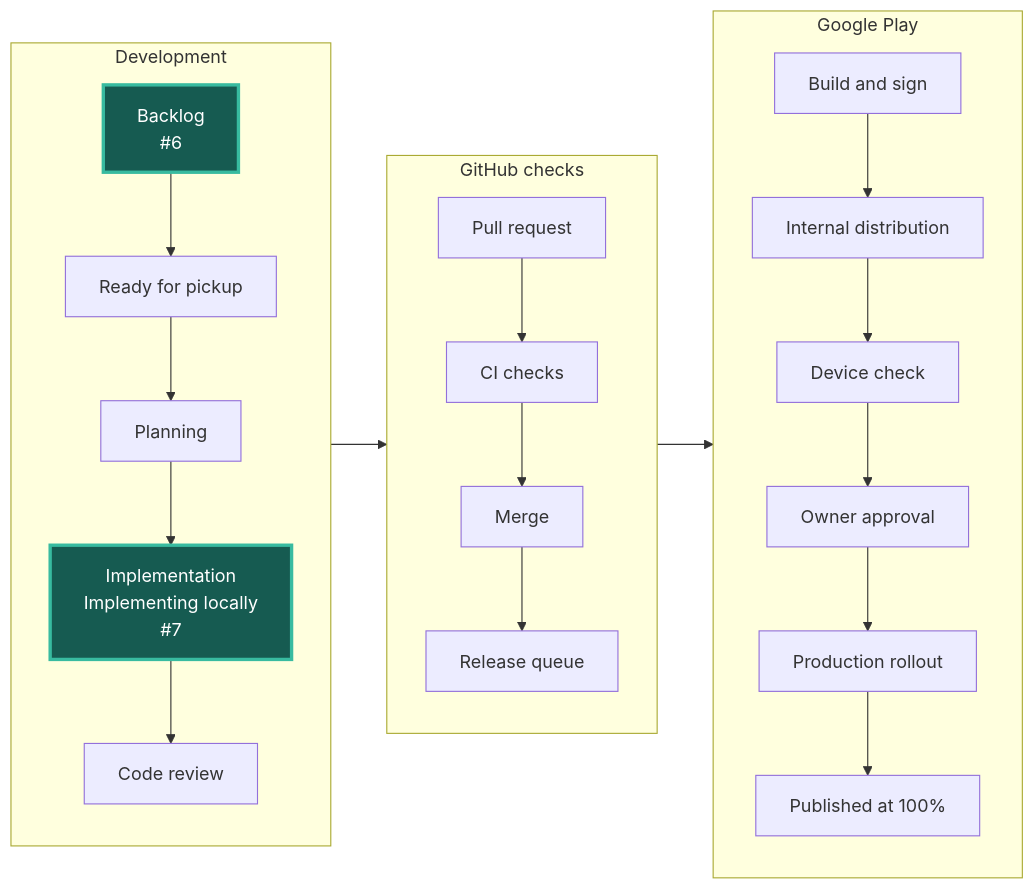
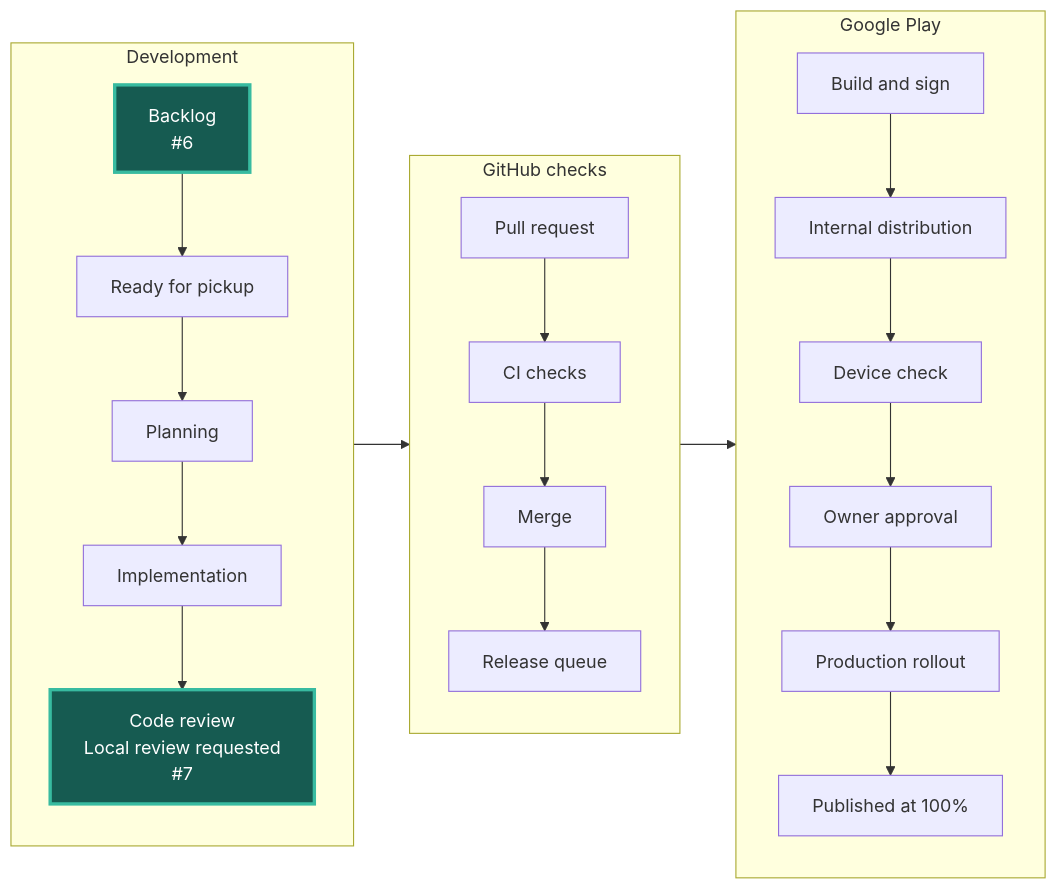
One commit to Oziomajnr/ChessTournamentManager changed the diagram in STATUS.md. Above: the diagram before and after it, drawn with Mermaid. The commit also changed other lines of this file and 1 other file, not shown here.

Commit message:
Refresh issue delivery graph

````diff
--- a/STATUS.md
+++ b/STATUS.md
@@ -5,34 +5,34 @@
 ```mermaid
 flowchart LR
     accTitle: Current issue positions in the delivery workflow
     accDescr: Development flows into GitHub checks and Google Play. Each issue number appears at its current step.
     subgraph development["Development"]
         direction TB
         backlog["Backlog<br/>#6"]:::occupied
         ready["Ready for pickup"]
         plan["Planning"]
-        code["Implementation<br/>Implementing locally<br/>#7"]:::occupied
-        review["Code review"]
+        code["Implementation"]
+        review["Code review<br/>Local review requested<br/>#7"]:::occupied
         backlog --> ready --> plan --> code --> review
     end
     subgraph integration["GitHub checks"]
         direction TB
         pull["Pull request"]
         ci["CI checks"]
         merge["Merge"]
         queue["Release queue"]
         pull --> ci --> merge --> queue
     end
     subgraph distribution["Google Play"]
         direction TB
         build["Build and sign"]
         internal["Internal distribution"]
         device["Device check"]
         approval["Owner approval"]
         rollout["Production rollout"]
         published["Published at 100%"]
         build --> internal --> device --> approval --> rollout --> published
     end
     development --> integration --> distribution
     classDef occupied fill:#165b51,color:#ffffff,stroke:#38bba0,stroke-width:3px
 ```
````
